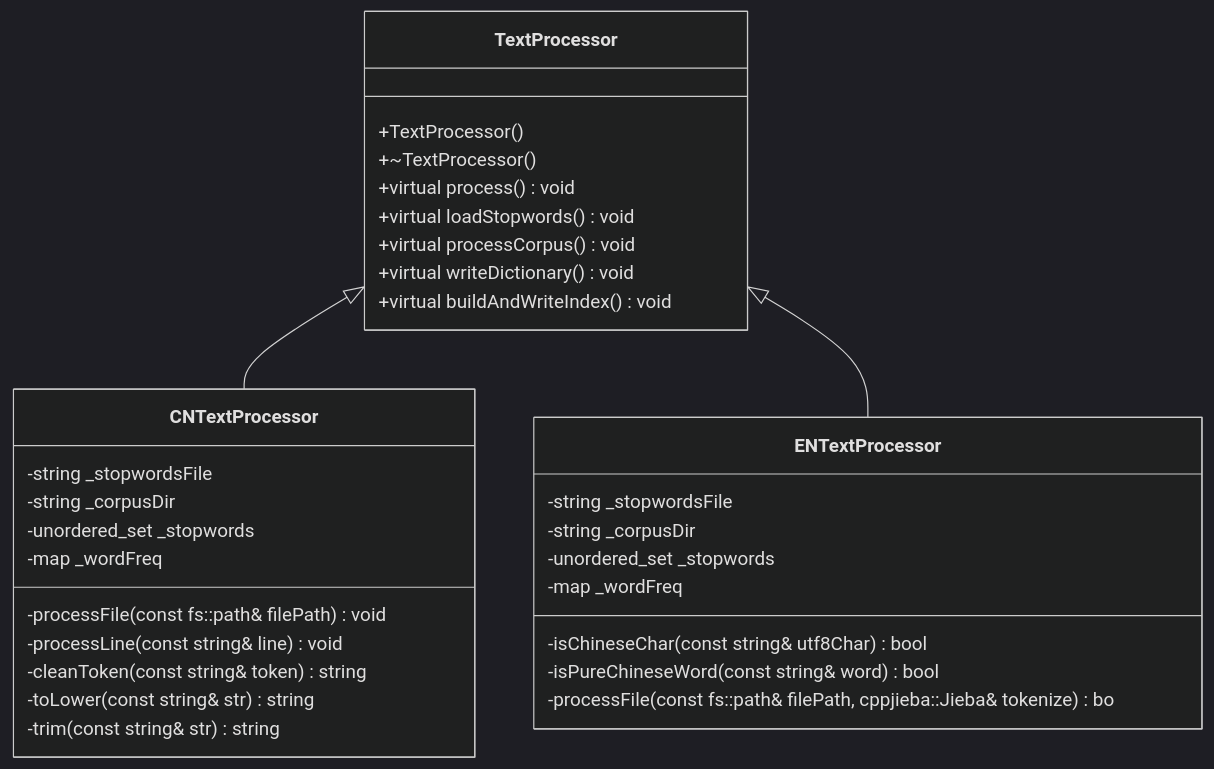
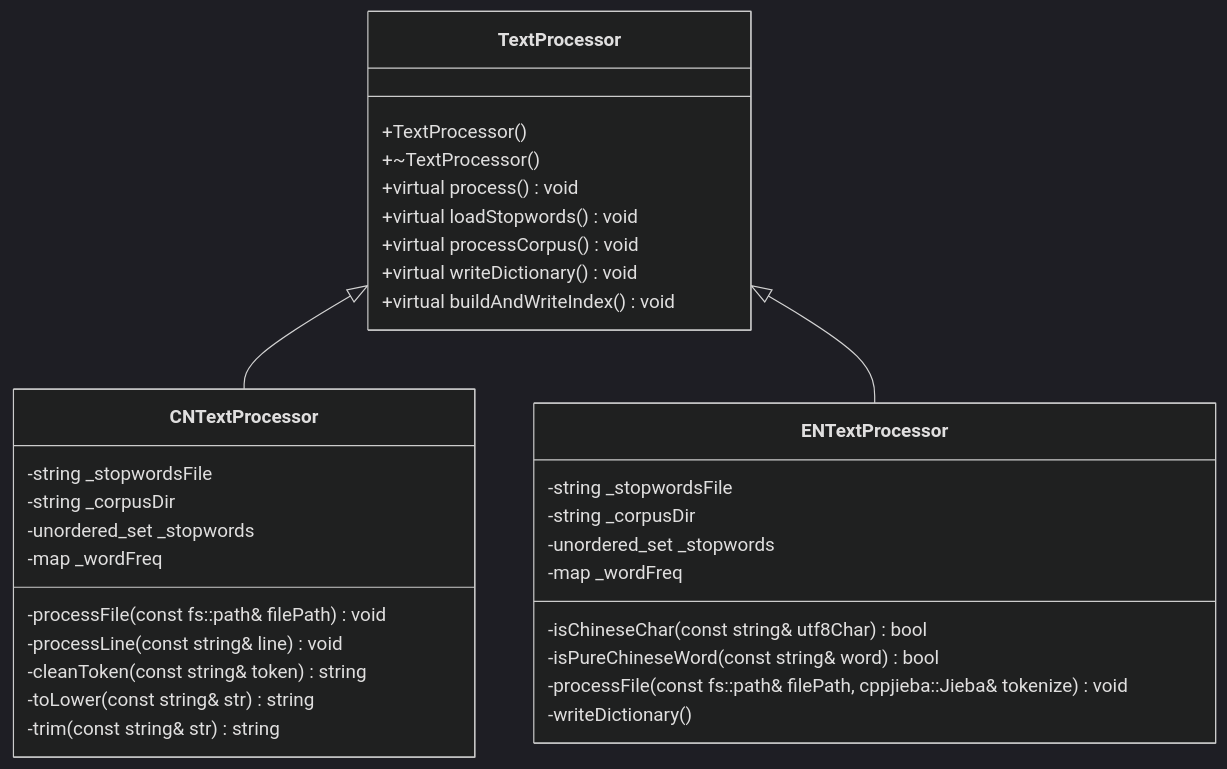
The diagram in all/未命名-1.md (Jason-DancingBoy/iodraw-files), drawn with Mermaid (dark theme) before and after one commit.

Commit message:
2026-01-02 21:21:53 update

````diff
--- a/all/未命名-1.md
+++ b/all/未命名-1.md
@@ -1,36 +1,37 @@
 ```mermaid
 classDiagram
     TextProcessor <|-- CNTextProcessor
     TextProcessor <|-- ENTextProcessor
     TextProcessor: +TextProcessor()
     TextProcessor: +~TextProcessor()
     TextProcessor: +virtual process() void
     TextProcessor: +virtual loadStopwords() void 
     TextProcessor: +virtual processCorpus() void
     TextProcessor: +virtual writeDictionary() void
     TextProcessor: +virtual buildAndWriteIndex() void
     class CNTextProcessor{
       -string _stopwordsFile
       -string _corpusDir
       -unordered_set<string> _stopwords
       -map<string, int> _wordFreq
       -processFile(const fs::path& filePath) void
       -processLine(const string& line) void 
       -cleanToken(const string& token) string
       -toLower(const string& str) string
       -trim(const string& str) string
     }
     class ENTextProcessor{
       -string _stopwordsFile
       -string _corpusDir
       -unordered_set<string> _stopwords
       -map<string, int> _wordFreq
       -isChineseChar(const string& utf8Char) bool
       -isPureChineseWord(const string& word) bool
-      -processFile(const fs::path& filePath, cppjieba::Jieba& tokenize) bo
+      -processFile(const fs::path& filePath, cppjieba::Jieba& tokenize) void
+      -writeDictionary()
     }
     %%  string _stopwordsFile; // 存放停用词文件名
     %%  string _corpusDir; // 存放语料库目录
     %%  unordered_set<string> _stopwords; // 用来存放停用词
     %%  map<string, int> _wordFreq;
 ```
````
